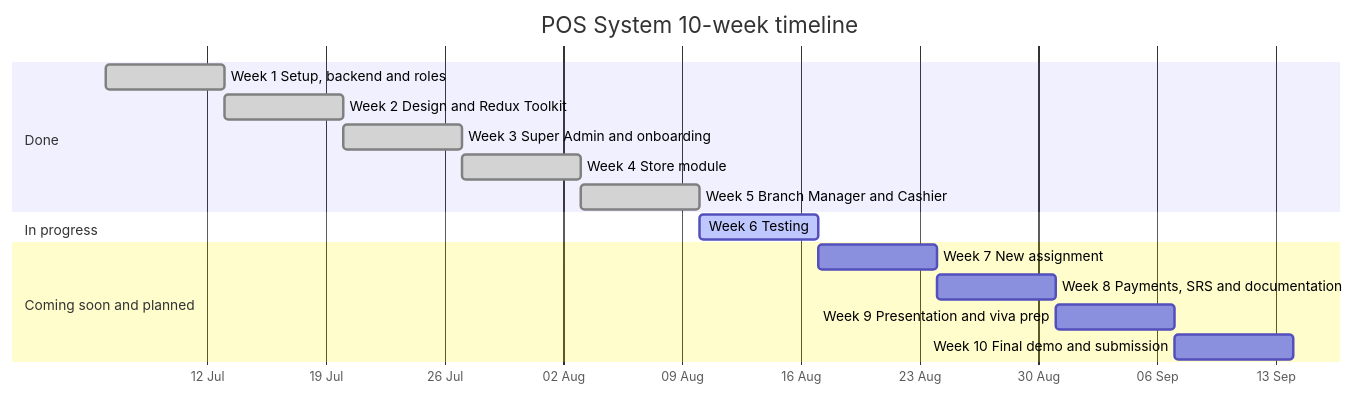
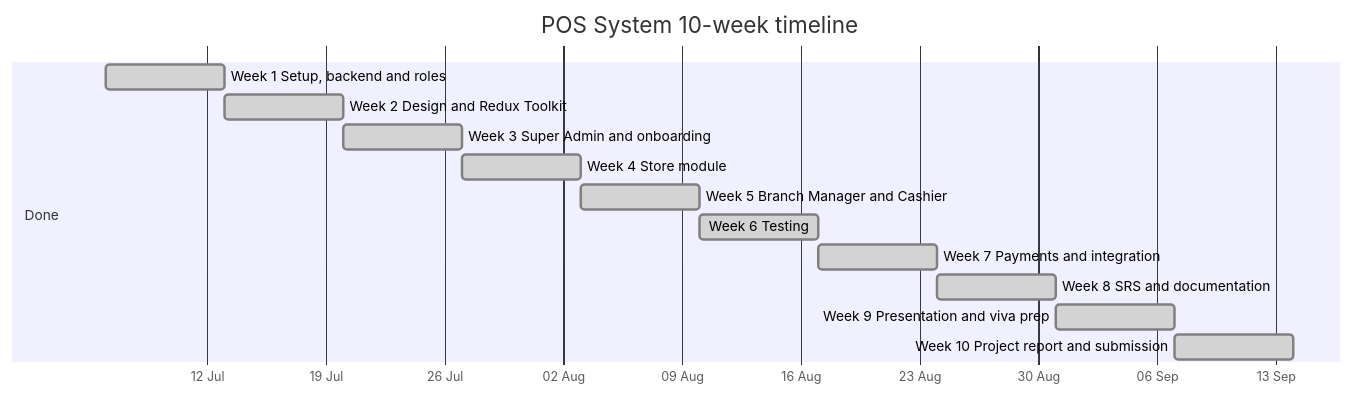
The diagram in reports/09-timeline/TIMELINE.md (bohra0022/A-multitenat-pos-system), drawn with Mermaid before and after one commit. The commit also changed other lines of this file and 1 other file, not shown here.

Commit message:
docs(timeline): mark all weeks done

````diff
--- a/reports/09-timeline/TIMELINE.md
+++ b/reports/09-timeline/TIMELINE.md
@@ -7,19 +7,17 @@
 ```mermaid
 gantt
     title POS System 10-week timeline
     dateFormat YYYY-MM-DD
     axisFormat %d %b
     section Done
     Week 1 Setup, backend and roles            :done, w1, 2026-07-06, 7d
     Week 2 Design and Redux Toolkit            :done, w2, 2026-07-13, 7d
     Week 3 Super Admin and onboarding          :done, w3, 2026-07-20, 7d
     Week 4 Store module                        :done, w4, 2026-07-27, 7d
     Week 5 Branch Manager and Cashier          :done, w5, 2026-08-03, 7d
-    section In progress
-    Week 6 Testing                             :active, w6, 2026-08-10, 7d
-    section Coming soon and planned
-    Week 7 New assignment                      :w7, 2026-08-17, 7d
-    Week 8 Payments, SRS and documentation     :w8, 2026-08-24, 7d
-    Week 9 Presentation and viva prep          :w9, 2026-08-31, 7d
-    Week 10 Final demo and submission          :w10, 2026-09-07, 7d
+    Week 6 Testing                             :done, w6, 2026-08-10, 7d
+    Week 7 Payments and integration            :done, w7, 2026-08-17, 7d
+    Week 8 SRS and documentation               :done, w8, 2026-08-24, 7d
+    Week 9 Presentation and viva prep          :done, w9, 2026-08-31, 7d
+    Week 10 Project report and submission      :done, w10, 2026-09-07, 7d
 ```
````
